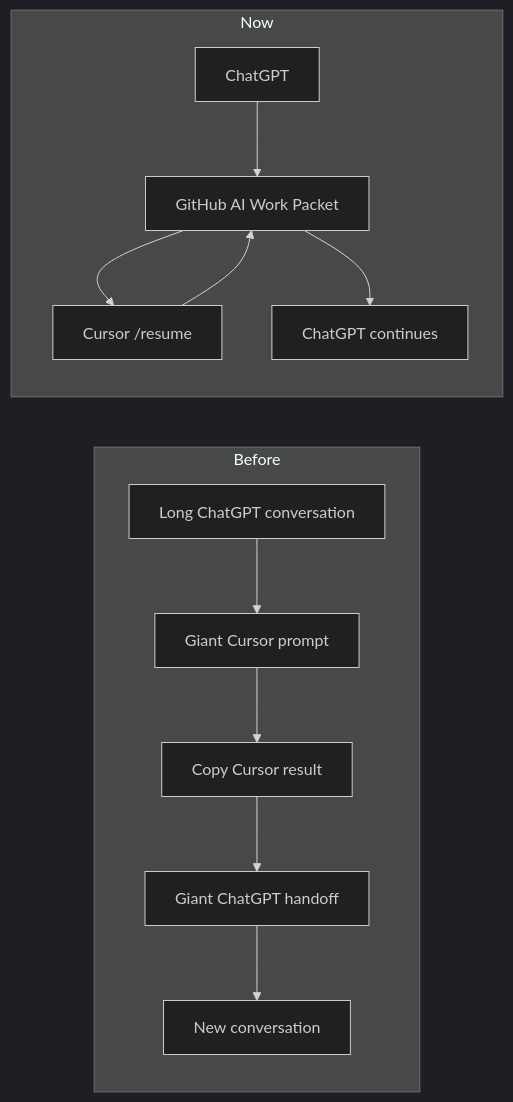
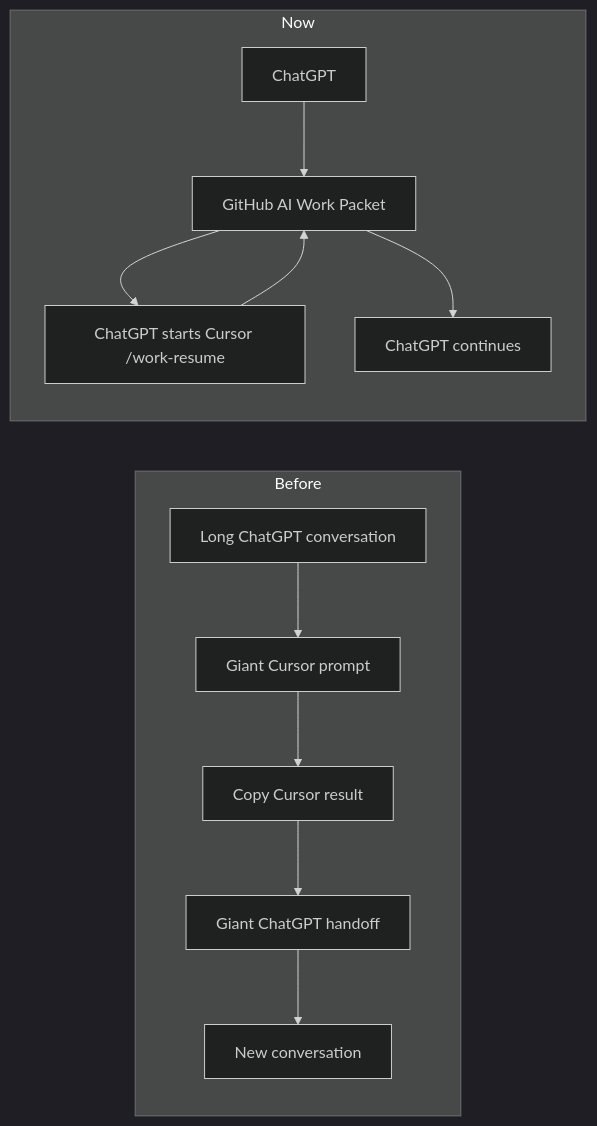
One commit to datarelay-labs/engineering-system-docs changed the first of 2 diagrams in session-continuity.mdx. Above: the diagram before and after it, drawn with Mermaid (dark theme). The commit also changed other lines of this file and 8 other files, not shown here.

```diff
--- a/session-continuity.mdx
+++ b/session-continuity.mdx
@@ -14,16 +14,16 @@
 ~~~mermaid
 flowchart LR
     subgraph BEFORE["Before"]
       A1["Long ChatGPT conversation"] --> A2["Giant Cursor prompt"]
       A2 --> A3["Copy Cursor result"]
       A3 --> A4["Giant ChatGPT handoff"]
       A4 --> A5["New conversation"]
     end
 
     subgraph AFTER["Now"]
       B1["ChatGPT"] --> B2["GitHub AI Work Packet"]
-      B2 --> B3["Cursor /resume"]
+      B2 --> B3["ChatGPT starts Cursor /work-resume"]
       B3 --> B2
       B2 --> B4["ChatGPT continues"]
     end
 ~~~
```
